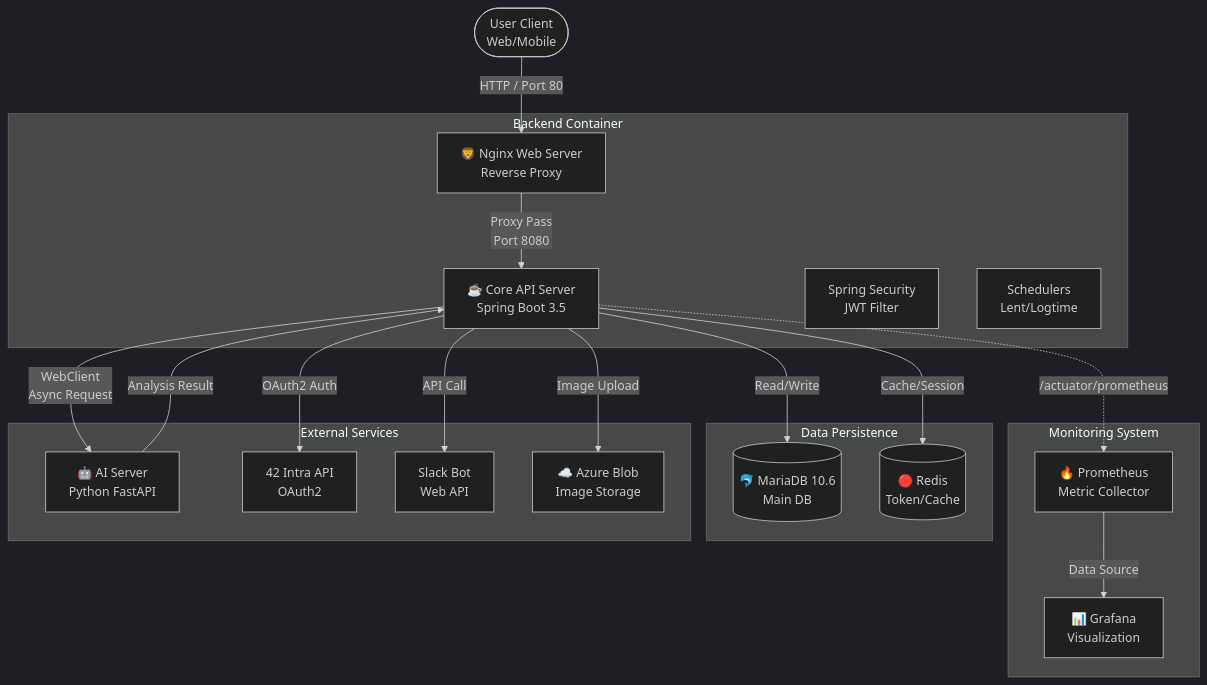
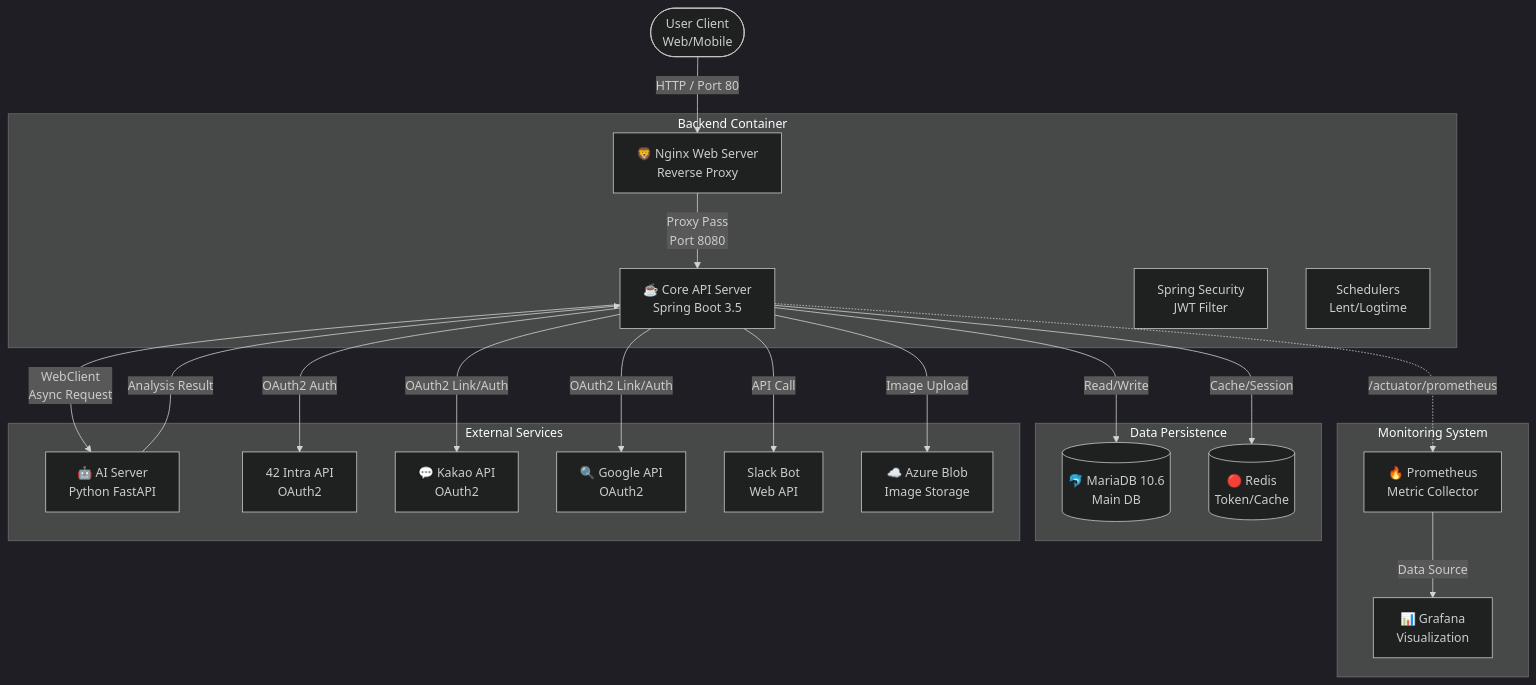
The first of 9 diagrams in backend/README.md (farmer0010/ft_transcendence), drawn with Mermaid (dark theme) before and after one commit. The commit also changed other lines of this file and 20 other files, not shown here.

````diff
--- a/backend/README.md
+++ b/backend/README.md
@@ -14,44 +14,48 @@
 ```mermaid
 graph TD
     %% 클라이언트 및 진입점
     Client(["User Client<br>Web/Mobile"]) -->|HTTP / Port 80| Nginx["🦁 Nginx Web Server<br>Reverse Proxy"]
     
     %% 백엔드 영역
     subgraph "Backend Container"
         Nginx -->|"Proxy Pass<br>Port 8080"| SpringBoot["☕ Core API Server<br>Spring Boot 3.5"]
         Security["Spring Security<br>JWT Filter"]
         Scheduler["Schedulers<br>Lent/Logtime"]
     end
 
     %% 모니터링 영역 (New)
     subgraph "Monitoring System"
         Prometheus["🔥 Prometheus<br>Metric Collector"]
         Grafana["📊 Grafana<br>Visualization"]
         
         SpringBoot -.->|"/actuator/prometheus"| Prometheus
         Prometheus -->|"Data Source"| Grafana
     end
 
     %% 데이터 영역
     subgraph "Data Persistence"
         MariaDB[("🐬 MariaDB 10.6<br>Main DB")]
         Redis[("🔴 Redis<br>Token/Cache")]
     end
 
     %% 외부 서비스
     subgraph "External Services"
         AI_Server["🤖 AI Server<br>Python FastAPI"]
         Intra_API["42 Intra API<br>OAuth2"]
+        Kakao_API["💬 Kakao API<br>OAuth2"]
+        Google_API["🔍 Google API<br>OAuth2"]
         Slack["Slack Bot<br>Web API"]
         Azure_Blob["☁️ Azure Blob<br>Image Storage"]
     end
 
     %% 연결 관계
     SpringBoot -->|Read/Write| MariaDB
     SpringBoot -->|Cache/Session| Redis
     SpringBoot -->|"WebClient<br>Async Request"| AI_Server
     AI_Server -->|"Analysis Result"| SpringBoot
     SpringBoot -->|"OAuth2 Auth"| Intra_API
+    SpringBoot -->|"OAuth2 Link/Auth"| Kakao_API
+    SpringBoot -->|"OAuth2 Link/Auth"| Google_API
     SpringBoot -->|API Call| Slack
     SpringBoot -->|"Image Upload"| Azure_Blob
 ```
````
